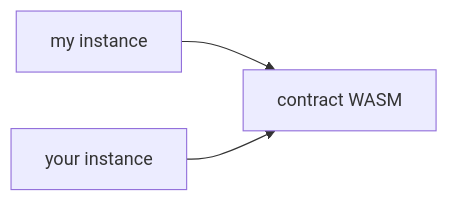
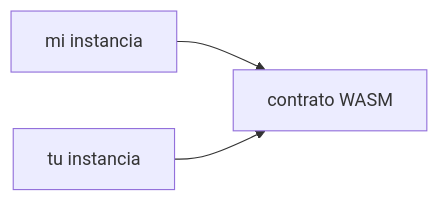
One commit to stellar/stellar-docs changed the diagram in i18n/es/docusaurus-plugin-content-docs/current/build/guides/archival/restore-contract-js.mdx. Above: the diagram before and after it, drawn with Mermaid. The commit also changed other lines of this file and 571 other files, not shown here.

````diff
--- a/i18n/es/docusaurus-plugin-content-docs/current/build/guides/archival/restore-contract-js.mdx
+++ b/i18n/es/docusaurus-plugin-content-docs/current/build/guides/archival/restore-contract-js.mdx
@@ -9,4 +9,4 @@
 ```mermaid
 flowchart LR
-    A[my instance] & B[your instance]--> C[contract WASM]
+    A[mi instancia] & B[tu instancia]--> C[contrato WASM]
 ```
````
